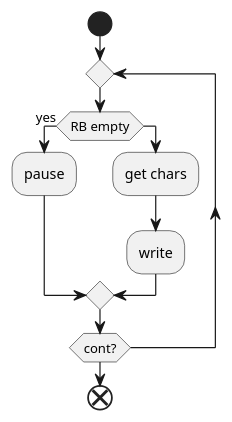
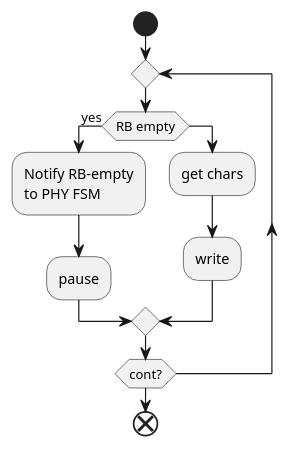
Before and after one commit to yoshinao-takada/07Test: the diagram in Docs/Images/PHY-Tx-Thread-act.puml, drawn with PlantUML. The commit also changed 7 other files, not shown here.

```diff
--- a/Docs/Images/PHY-Tx-Thread-act.puml
+++ b/Docs/Images/PHY-Tx-Thread-act.puml
@@ -1,12 +1,13 @@
 @startuml
 start
 repeat
     if (RB empty) then(yes)
+        :Notify RB-empty\nto PHY FSM;
         :pause;
     else
         :get chars;
         :write;
     endif
 repeat while (cont?)
 end
 @enduml
```
